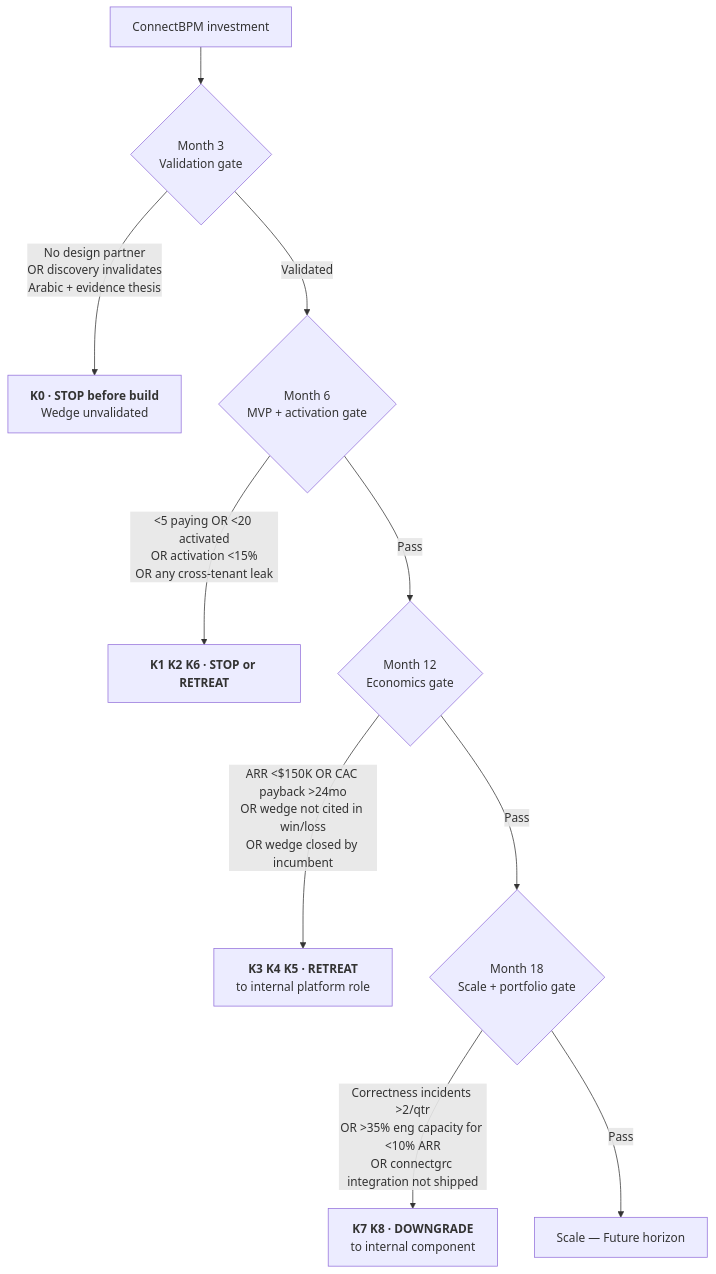
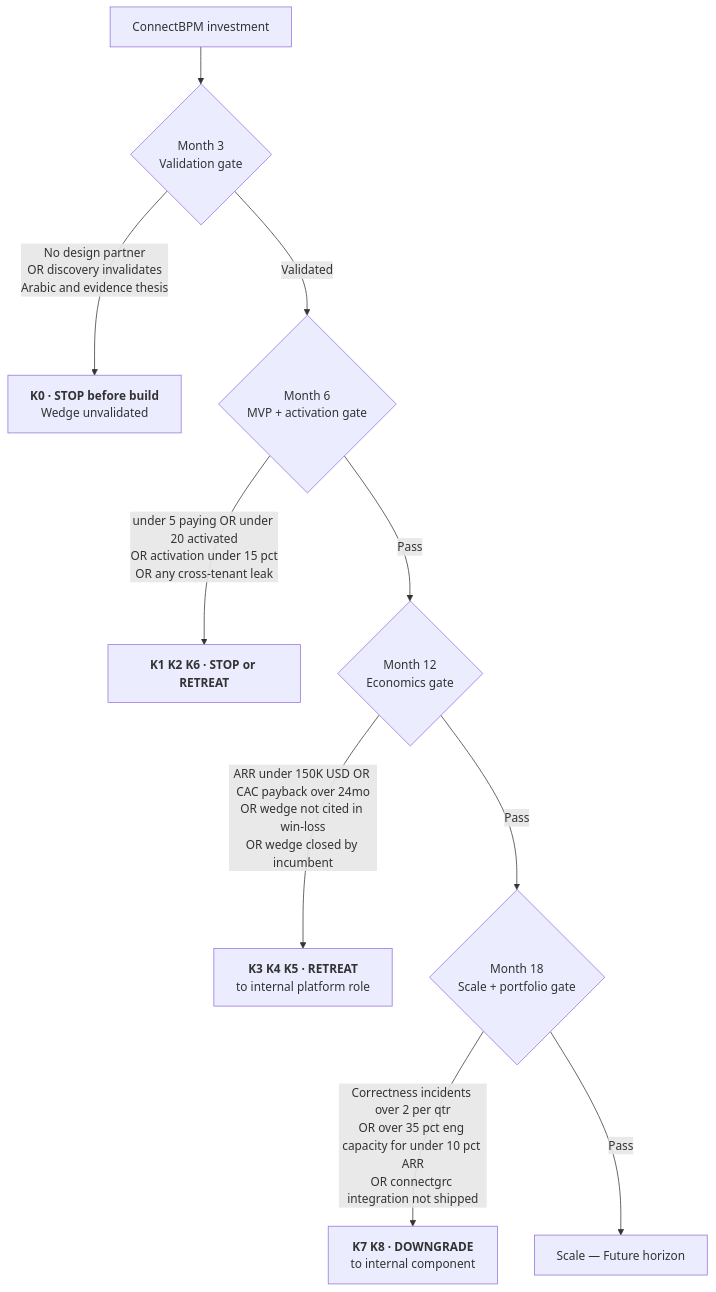
Before and after one commit to Tamoura/Claude-Code-creates-the-SW-company: the eighth of 8 diagrams in products/connectbpm/docs/strategy/OPPORTUNITY-connectbpm.md, drawn with Mermaid. The commit also changed other lines of this file and 1 other file, not shown here.

````diff
--- a/products/connectbpm/docs/strategy/OPPORTUNITY-connectbpm.md
+++ b/products/connectbpm/docs/strategy/OPPORTUNITY-connectbpm.md
@@ -695,12 +697,12 @@
 ```mermaid
 flowchart TD
     START["ConnectBPM investment"] --> M3{"Month 3<br/>Validation gate"}
-    M3 -->|"No design partner<br/>OR discovery invalidates<br/>Arabic + evidence thesis"| STOP1["<b>K0 · STOP before build</b><br/>Wedge unvalidated"]
+    M3 -->|"No design partner<br/>OR discovery invalidates<br/>Arabic and evidence thesis"| STOP1["<b>K0 · STOP before build</b><br/>Wedge unvalidated"]
     M3 -->|"Validated"| M6{"Month 6<br/>MVP + activation gate"}
-    M6 -->|"<5 paying OR <20 activated<br/>OR activation <15%<br/>OR any cross-tenant leak"| STOP2["<b>K1 K2 K6 · STOP or RETREAT</b>"]
+    M6 -->|"under 5 paying OR under 20 activated<br/>OR activation under 15 pct<br/>OR any cross-tenant leak"| STOP2["<b>K1 K2 K6 · STOP or RETREAT</b>"]
     M6 -->|"Pass"| M12{"Month 12<br/>Economics gate"}
-    M12 -->|"ARR <$150K OR CAC payback >24mo<br/>OR wedge not cited in win/loss<br/>OR wedge closed by incumbent"| STOP3["<b>K3 K4 K5 · RETREAT</b><br/>to internal platform role"]
+    M12 -->|"ARR under 150K USD OR CAC payback over 24mo<br/>OR wedge not cited in win-loss<br/>OR wedge closed by incumbent"| STOP3["<b>K3 K4 K5 · RETREAT</b><br/>to internal platform role"]
     M12 -->|"Pass"| M18{"Month 18<br/>Scale + portfolio gate"}
-    M18 -->|"Correctness incidents >2/qtr<br/>OR >35% eng capacity for <10% ARR<br/>OR connectgrc integration not shipped"| STOP4["<b>K7 K8 · DOWNGRADE</b><br/>to internal component"]
+    M18 -->|"Correctness incidents over 2 per qtr<br/>OR over 35 pct eng capacity for under 10 pct ARR<br/>OR connectgrc integration not shipped"| STOP4["<b>K7 K8 · DOWNGRADE</b><br/>to internal component"]
     M18 -->|"Pass"| SCALE["Scale — Future horizon"]
 ```
````
